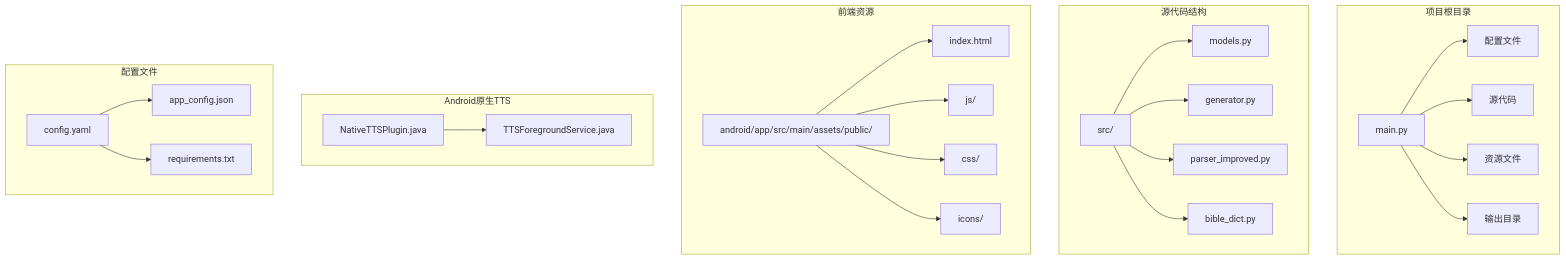
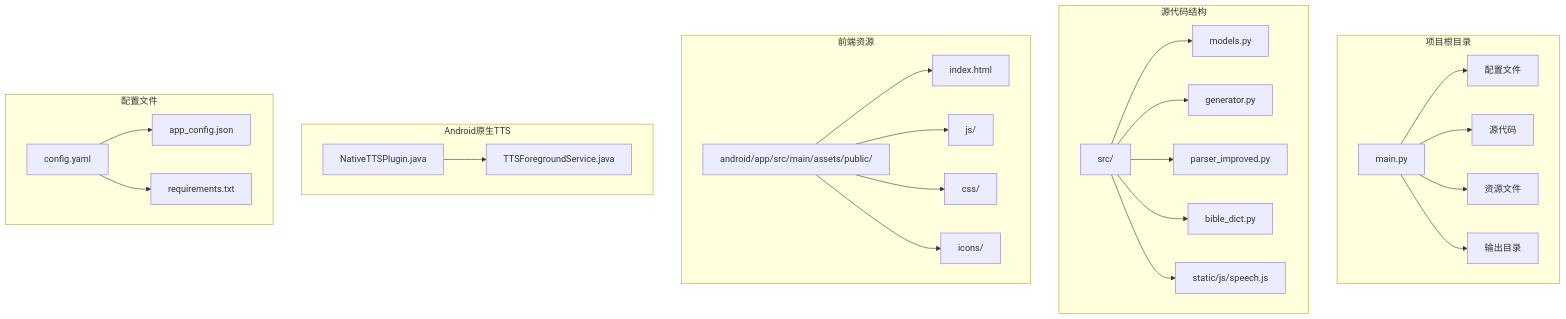
The first of 7 diagrams in .qoder/repowiki/zh/content/移动应用开发/TTS静态实例管理系统.md (zhao-zg/cx), drawn with Mermaid before and after one commit. The commit also changed other lines of this file and 34 other files, not shown here.

````diff
--- a/.qoder/repowiki/zh/content/移动应用开发/TTS静态实例管理系统.md
+++ b/.qoder/repowiki/zh/content/移动应用开发/TTS静态实例管理系统.md
@@ -45,28 +48,29 @@
 ```mermaid
 graph TB
 subgraph "项目根目录"
 A[main.py] --> B[配置文件]
 A --> C[源代码]
 A --> D[资源文件]
 A --> E[输出目录]
 end
 subgraph "源代码结构"
 C1[src/] --> C2[models.py]
 C1 --> C3[generator.py]
 C1 --> C4[parser_improved.py]
 C1 --> C5[bible_dict.py]
+C1 --> C6[static/js/speech.js]
 end
 subgraph "前端资源"
 F[android/app/src/main/assets/public/] --> G[index.html]
 F --> H[js/]
 F --> I[css/]
 F --> J[icons/]
 end
 subgraph "Android原生TTS"
 K[NativeTTSPlugin.java] --> L[TTSForegroundService.java]
 end
 subgraph "配置文件"
 B1[config.yaml] --> B2[app_config.json]
 B1 --> B3[requirements.txt]
 end
 ```
````
